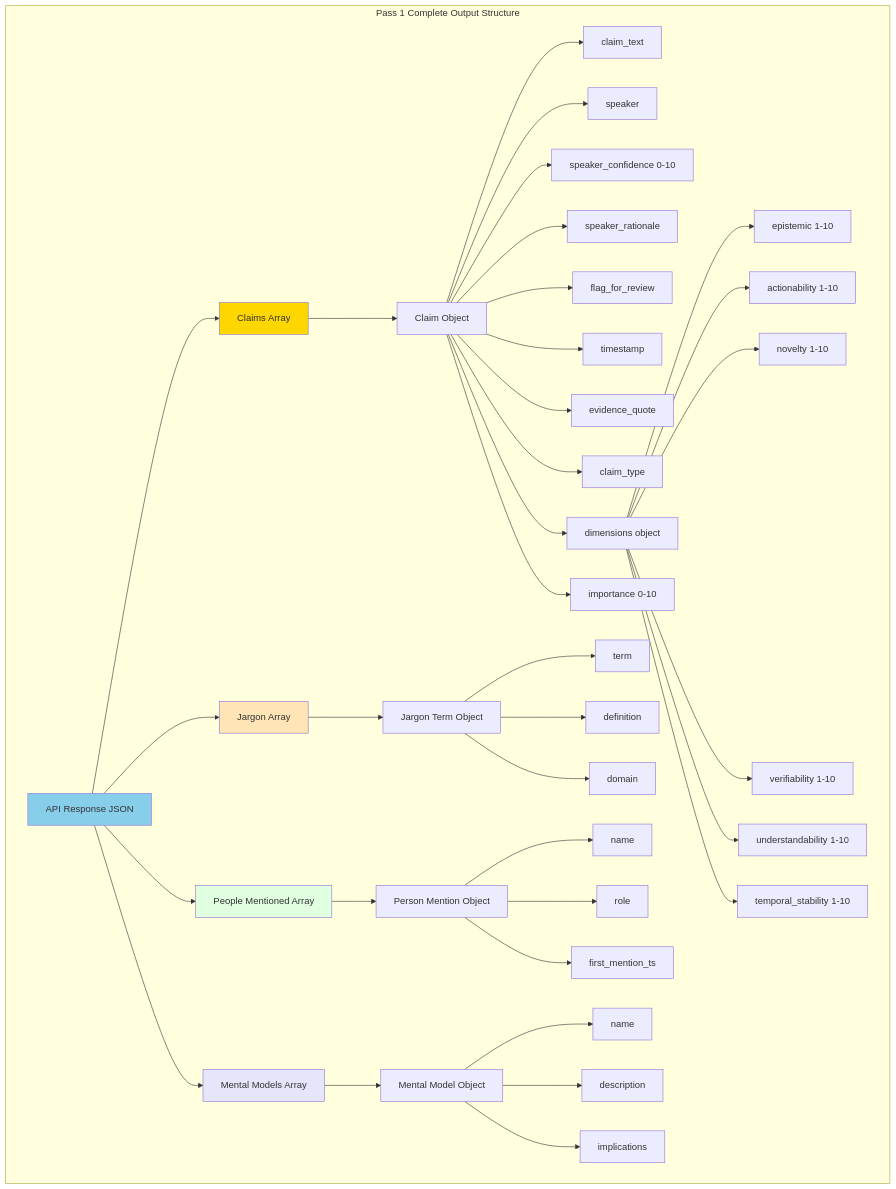
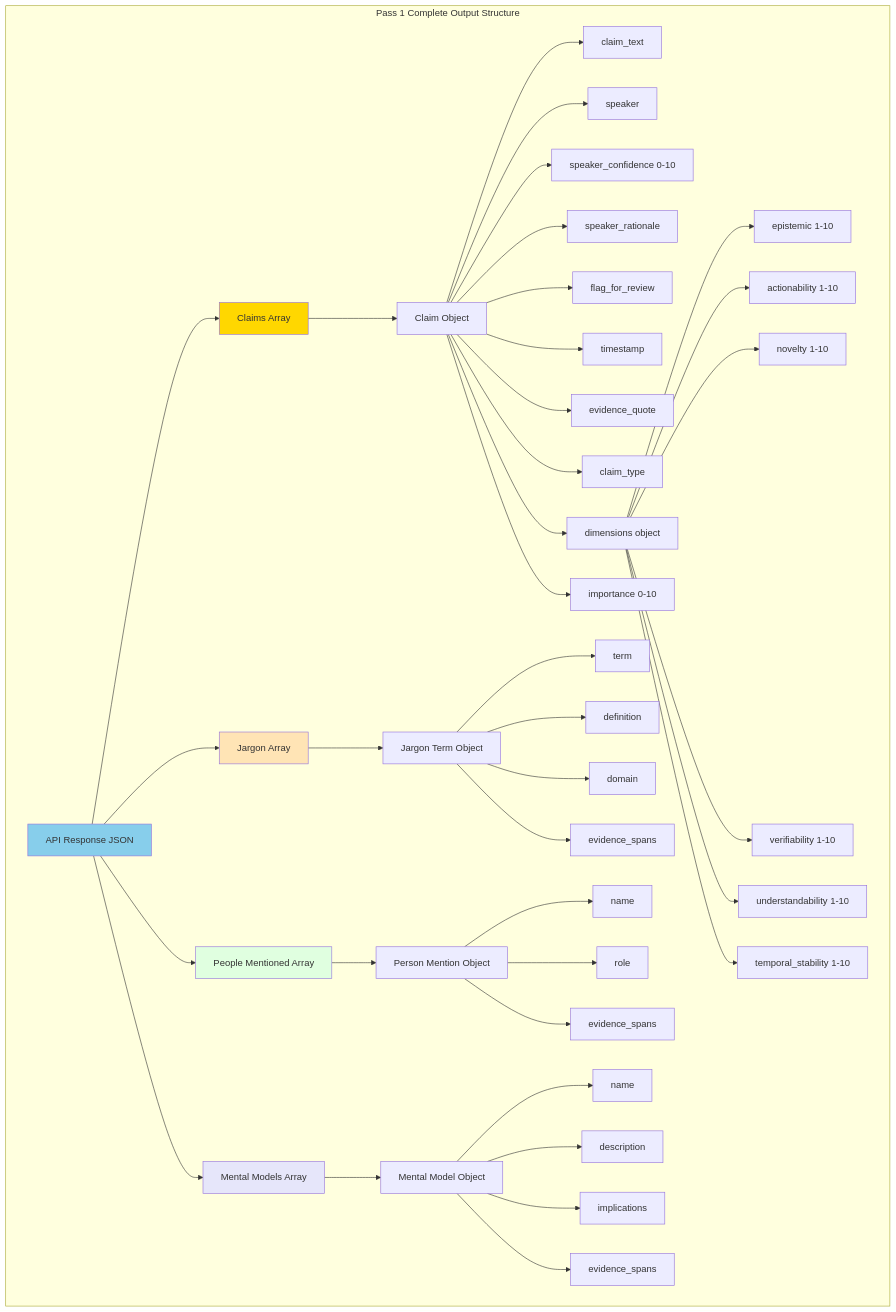
One commit to msg43/Knowledge_Chipper changed the sixth of 16 diagrams in WHOLE_DOCUMENT_MINING_DETAILED_PLAN.md. Above: the diagram before and after it, drawn with Mermaid. The commit also changed other lines of this file and 30 other files, not shown here.

````diff
--- a/WHOLE_DOCUMENT_MINING_DETAILED_PLAN.md
+++ b/WHOLE_DOCUMENT_MINING_DETAILED_PLAN.md
@@ -306,50 +279,52 @@
 ```mermaid
 flowchart TD
     subgraph Output [Pass 1 Complete Output Structure]
         Response[API Response JSON] --> Claims[Claims Array]
         Response --> Jargon[Jargon Array]
         Response --> People[People Mentioned Array]
         Response --> Concepts[Mental Models Array]
         
         Claims --> Claim1[Claim Object]
         Jargon --> Jargon1[Jargon Term Object]
         People --> Person1[Person Mention Object]
         Concepts --> Concept1[Mental Model Object]
         
         Claim1 --> ClaimText[claim_text]
         Claim1 --> Speaker[speaker]
         Claim1 --> SpeakerConf[speaker_confidence 0-10]
         Claim1 --> SpeakerRat[speaker_rationale]
         Claim1 --> FlagReview[flag_for_review]
         Claim1 --> Timestamp[timestamp]
         Claim1 --> Evidence[evidence_quote]
         Claim1 --> ClaimType[claim_type]
         Claim1 --> Dimensions[dimensions object]
         Claim1 --> Importance[importance 0-10]
         
         Dimensions --> Epistemic[epistemic 1-10]
         Dimensions --> Action[actionability 1-10]
         Dimensions --> Novel[novelty 1-10]
         Dimensions --> Verify[verifiability 1-10]
         Dimensions --> Understand[understandability 1-10]
         Dimensions --> Temporal[temporal_stability 1-10]
         
         Jargon1 --> Term[term]
         Jargon1 --> Definition[definition]
         Jargon1 --> Domain[domain]
+        Jargon1 --> JargonEvidence[evidence_spans]
         
         Person1 --> Name[name]
         Person1 --> Role[role]
-        Person1 --> FirstMention[first_mention_ts]
+        Person1 --> PersonEvidence[evidence_spans]
         
         Concept1 --> ModelName[name]
         Concept1 --> ModelDesc[description]
         Concept1 --> Implications[implications]
+        Concept1 --> ConceptEvidence[evidence_spans]
     end
     
     style Response fill:#87CEEB
     style Claims fill:#FFD700
     style Jargon fill:#FFE4B5
     style People fill:#E0FFE0
     style Concepts fill:#E6E6FA
 ```
````
